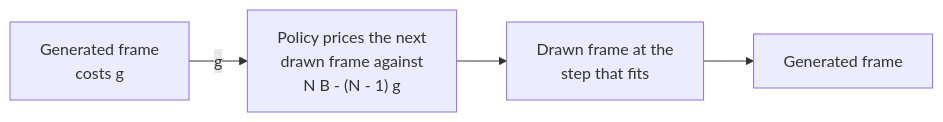
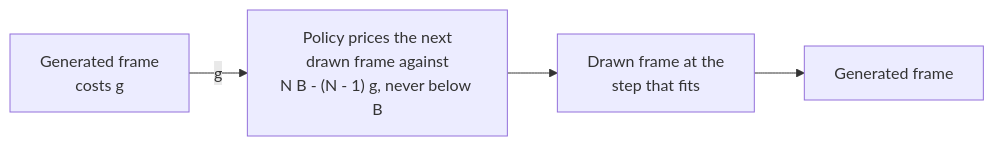
One commit to jose-villegas/autana changed the second of 2 diagrams in docs/render/Frame-Generation.md. Above: the diagram before and after it, drawn with Mermaid. The commit also changed other lines of this file and 3 other files, not shown here.

````diff
--- a/docs/render/Frame-Generation.md
+++ b/docs/render/Frame-Generation.md
@@ -197,6 +198,6 @@
 ```mermaid
 flowchart LR
-    G["Generated frame<br/>costs g"] -->|"g"| P["Policy prices the next<br/>drawn frame against<br/>N B - (N - 1) g"]
+    G["Generated frame<br/>costs g"] -->|"g"| P["Policy prices the next<br/>drawn frame against<br/>N B - (N - 1) g, never below B"]
     P --> S["Drawn frame at the<br/>step that fits"]
     S --> G2["Generated frame"]
 ```
````
